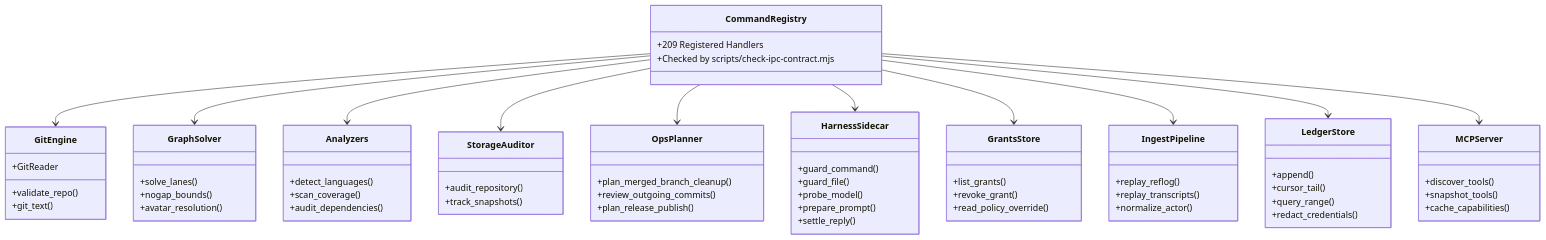
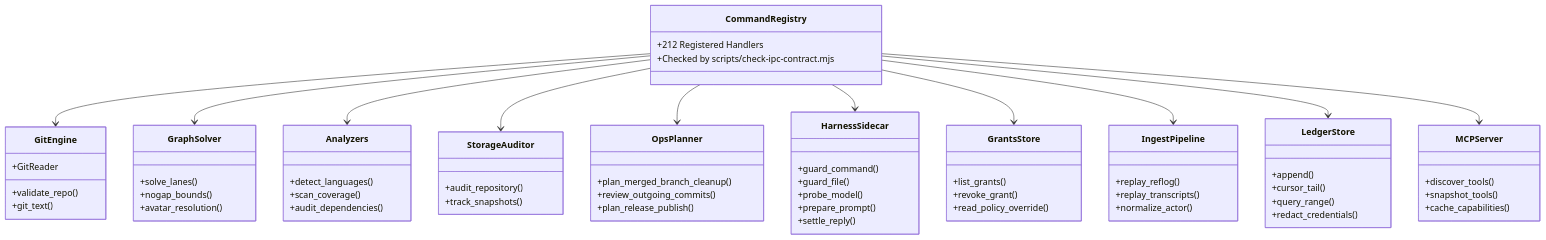
One commit to bharathvbcr/GitPulse changed the third of 4 diagrams in docs/ARCHITECTURE.md. Above: the diagram before and after it, drawn with Mermaid. The commit also changed other lines of this file and 91 other files, not shown here.

````diff
--- a/docs/ARCHITECTURE.md
+++ b/docs/ARCHITECTURE.md
@@ -183,70 +183,70 @@
 ```mermaid
 classDiagram
     class CommandRegistry {
-        +209 Registered Handlers
+        +212 Registered Handlers
         +Checked by scripts/check-ipc-contract.mjs
     }
     class GitEngine {
         +validate_repo()
         +git_text()
         +GitReader
     }
     class GraphSolver {
         +solve_lanes()
         +nogap_bounds()
         +avatar_resolution()
     }
     class Analyzers {
         +detect_languages()
         +scan_coverage()
         +audit_dependencies()
     }
     class StorageAuditor {
         +audit_repository()
         +track_snapshots()
     }
     class GrantsStore {
         +list_grants()
         +revoke_grant()
         +read_policy_override()
     }
     class IngestPipeline {
         +replay_reflog()
         +replay_transcripts()
         +normalize_actor()
     }
     class LedgerStore {
         +append()
         +cursor_tail()
         +query_range()
         +redact_credentials()
     }
     class OpsPlanner {
         +plan_merged_branch_cleanup()
         +review_outgoing_commits()
         +plan_release_publish()
     }
     class MCPServer {
         +discover_tools()
         +snapshot_tools()
         +cache_capabilities()
     }
     class HarnessSidecar {
         +guard_command()
         +guard_file()
         +probe_model()
         +prepare_prompt()
         +settle_reply()
     }
 
     CommandRegistry --> GitEngine
     CommandRegistry --> GraphSolver
     CommandRegistry --> Analyzers
     CommandRegistry --> StorageAuditor
     CommandRegistry --> OpsPlanner
     CommandRegistry --> HarnessSidecar
     CommandRegistry --> GrantsStore
     CommandRegistry --> IngestPipeline
     CommandRegistry --> LedgerStore
     CommandRegistry --> MCPServer
 ```
````
